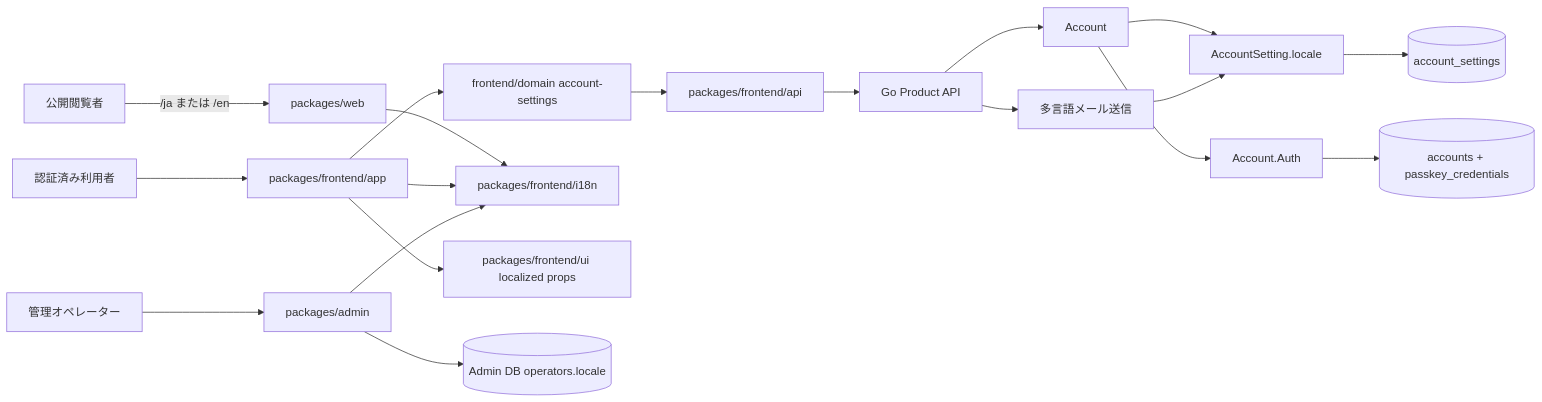
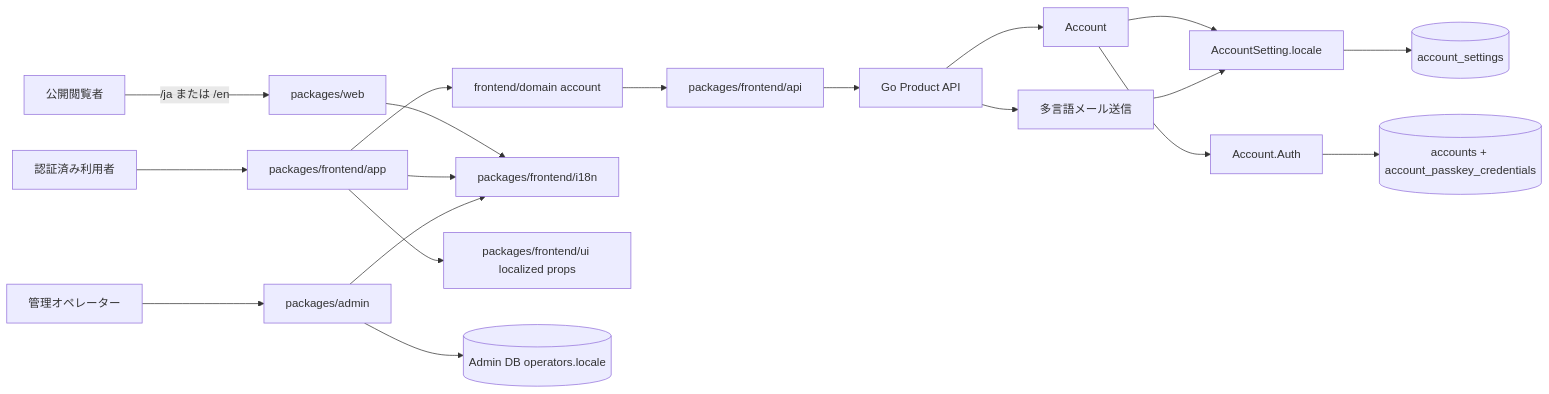
One commit to witwire-net/www-template changed the first of 6 diagrams in openspec/changes/add-default-i18n/design.md. Above: the diagram before and after it, drawn with Mermaid. The commit also changed other lines of this file and 5 other files, not shown here.

````diff
--- a/openspec/changes/add-default-i18n/design.md
+++ b/openspec/changes/add-default-i18n/design.md
@@ -271,22 +283,22 @@
 ```mermaid
 flowchart LR
   Visitor[公開閲覧者] -->|/ja または /en| Web[packages/web]
   User[認証済み利用者] --> App[packages/frontend/app]
-  App --> Domain[frontend/domain account-settings]
+  App --> Domain[frontend/domain account]
   Domain --> ApiClient[packages/frontend/api]
   ApiClient --> ProductAPI[Go Product API]
   ProductAPI --> Account[Account]
   Account --> AccountSetting[AccountSetting.locale]
   Account --> AccountAuth[Account.Auth]
   AccountSetting --> ProductDB[(account_settings)]
-  AccountAuth --> AuthDB[(accounts + passkey_credentials)]
+  AccountAuth --> AuthDB[(accounts + account_passkey_credentials)]
   ProductAPI --> Mailer[多言語メール送信]
   Mailer --> AccountSetting
   I18n[packages/frontend/i18n]
   Web --> I18n
   App --> I18n
   Admin[packages/admin] --> I18n
   App --> UI[packages/frontend/ui localized props]
   Operator[管理オペレーター] --> Admin
   Admin --> AdminDB[(Admin DB operators.locale)]
 ```
````
